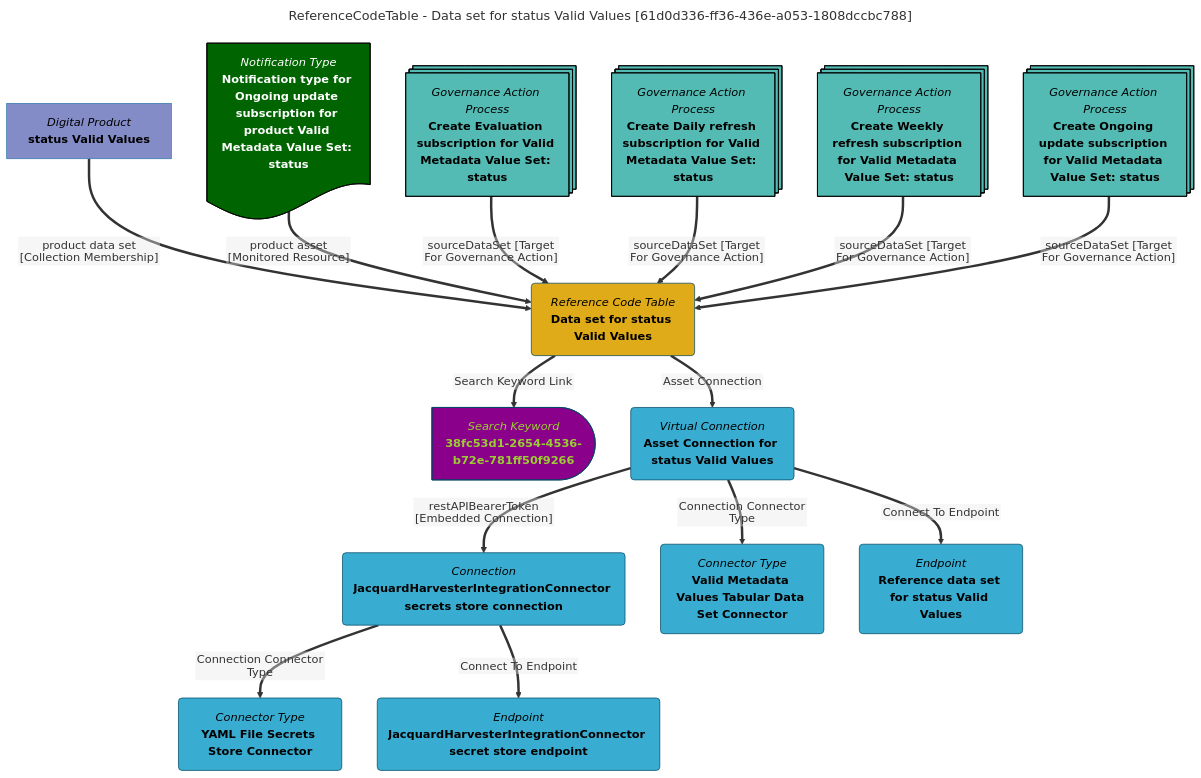
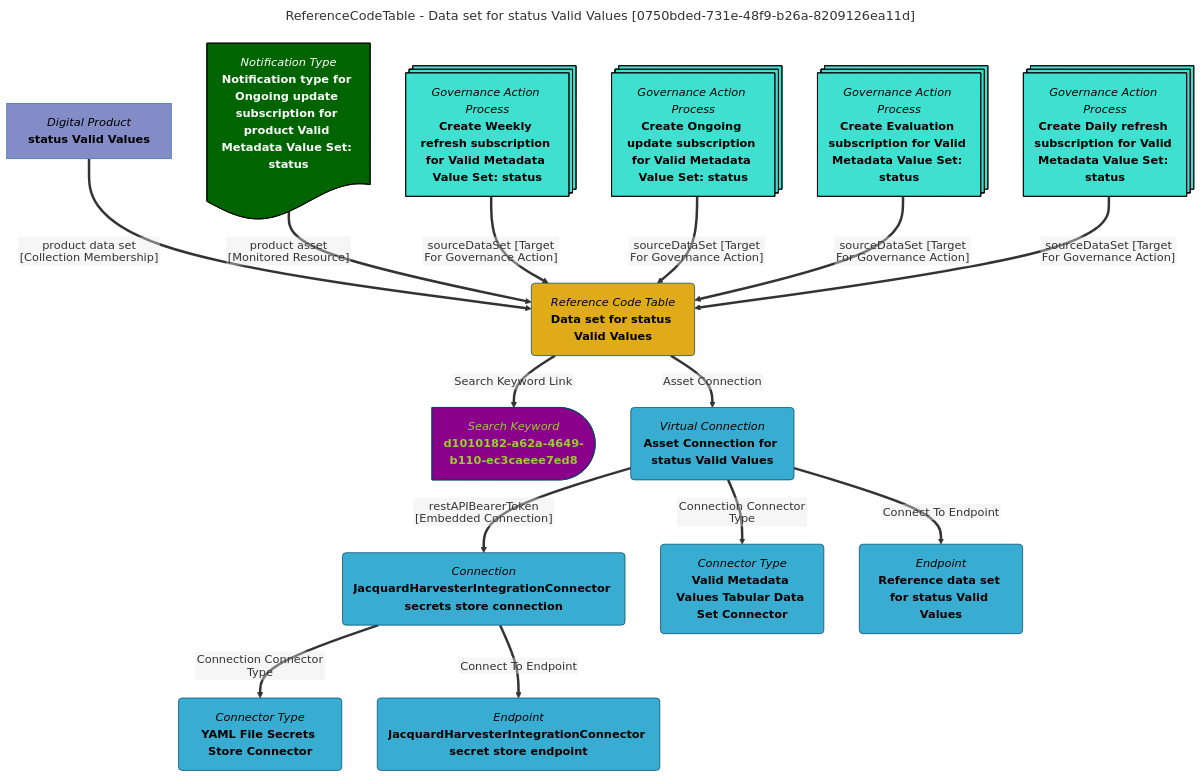
One commit to odpi/egeria-docs changed the diagram in site/snippets/data-assets/data-set-for-status-valid-values-mermaid-graph.md. Above: the diagram before and after it, drawn with Mermaid. The commit also changed 2201 other files, not shown here.

````diff
--- a/site/snippets/data-assets/data-set-for-status-valid-values-mermaid-graph.md
+++ b/site/snippets/data-assets/data-set-for-status-valid-values-mermaid-graph.md
@@ -1,63 +1,63 @@
 ```mermaid
 ---
-title: ReferenceCodeTable - Data set for status Valid Values [61d0d336-ff36-436e-a053-1808dccbc788]
+title: ReferenceCodeTable - Data set for status Valid Values [0750bded-731e-48f9-b26a-8209126ea11d]
 ---
 flowchart TD
 %%{init: {"flowchart": {"htmlLabels": false}} }%%
 
 1@{ shape: rounded, label: "*Reference Code Table*
 **Data set for status Valid Values**"}
 2@{ shape: delay, label: "*Search Keyword*
-**38fc53d1-2654-4536-b72e-781ff50f9266**"}
+**d1010182-a62a-4649-b110-ec3caeee7ed8**"}
 1==>|"Search Keyword Link"|2
 3@{ shape: rect, label: "*Digital Product*
 **status Valid Values**"}
 3==>|"product data set [Collection Membership]"|1
 4@{ shape: rounded, label: "*Virtual Connection*
 **Asset Connection for status Valid Values**"}
 1==>|"Asset Connection"|4
 5@{ shape: rounded, label: "*Connection*
 **JacquardHarvesterIntegrationConnector secrets store connection**"}
 4==>|"restAPIBearerToken [Embedded Connection]"|5
 6@{ shape: rounded, label: "*Connector Type*
 **YAML File Secrets Store Connector**"}
 5==>|"Connection Connector Type"|6
 7@{ shape: rounded, label: "*Endpoint*
 **JacquardHarvesterIntegrationConnector secret store endpoint**"}
 5==>|"Connect To Endpoint"|7
 8@{ shape: rounded, label: "*Connector Type*
 **Valid Metadata Values Tabular Data Set Connector**"}
 4==>|"Connection Connector Type"|8
 9@{ shape: rounded, label: "*Endpoint*
 **Reference data set for status Valid Values**"}
 4==>|"Connect To Endpoint"|9
 10@{ shape: doc, label: "*Notification Type*
 **Notification type for Ongoing update subscription for product Valid Metadata Value Set: status**"}
 10==>|"product asset [Monitored Resource]"|1
 11@{ shape: processes, label: "*Governance Action Process*
-**Create Evaluation subscription for Valid Metadata Value Set: status**"}
+**Create Weekly refresh subscription for Valid Metadata Value Set: status**"}
 11==>|"sourceDataSet [Target For Governance Action]"|1
 12@{ shape: processes, label: "*Governance Action Process*
-**Create Daily refresh subscription for Valid Metadata Value Set: status**"}
+**Create Ongoing update subscription for Valid Metadata Value Set: status**"}
 12==>|"sourceDataSet [Target For Governance Action]"|1
 13@{ shape: processes, label: "*Governance Action Process*
-**Create Weekly refresh subscription for Valid Metadata Value Set: status**"}
+**Create Evaluation subscription for Valid Metadata Value Set: status**"}
 13==>|"sourceDataSet [Target For Governance Action]"|1
 14@{ shape: processes, label: "*Governance Action Process*
-**Create Ongoing update subscription for Valid Metadata Value Set: status**"}
+**Create Daily refresh subscription for Valid Metadata Value Set: status**"}
 14==>|"sourceDataSet [Target For Governance Action]"|1
-style 11 color:#000000, fill:#53bbb4, stroke:#000000
-style 12 color:#000000, fill:#53bbb4, stroke:#000000
-style 13 color:#000000, fill:#53bbb4, stroke:#000000
-style 14 color:#000000, fill:#53bbb4, stroke:#000000
+style 11 color:#000000, fill:#40E0D0, stroke:#000000
+style 12 color:#000000, fill:#40E0D0, stroke:#000000
+style 13 color:#000000, fill:#40E0D0, stroke:#000000
+style 14 color:#000000, fill:#40E0D0, stroke:#000000
 style 1 color:#000000, fill:#e0ab18, stroke:#004563
-style 2 color:#9acd32, fill:#8b008b, stroke:#004563
+style 2 color:#9ACD32, fill:#8B008B, stroke:#004563
 style 3 color:#000000, fill:#838cc7, stroke:#3079ab
 style 4 color:#000000, fill:#39add1, stroke:#004563
 style 5 color:#000000, fill:#39add1, stroke:#004563
 style 6 color:#000000, fill:#39add1, stroke:#004563
 style 7 color:#000000, fill:#39add1, stroke:#004563
 style 8 color:#000000, fill:#39add1, stroke:#004563
 style 9 color:#000000, fill:#39add1, stroke:#004563
 style 10 color:#FFFFFF, fill:#006400, stroke:#000000
 ```
````
